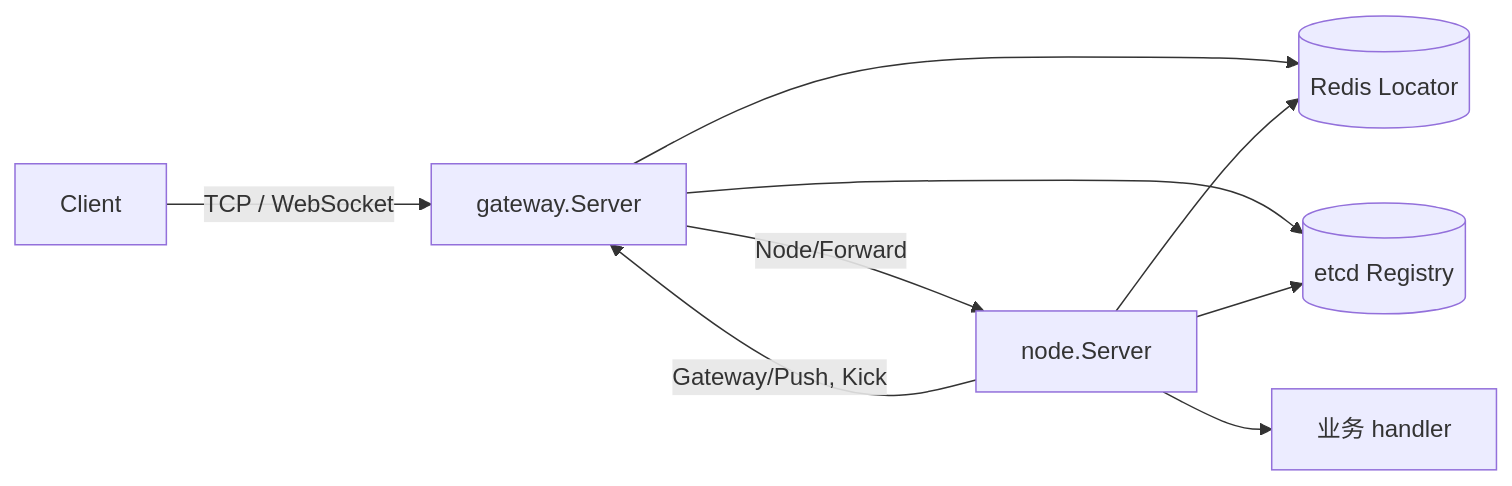
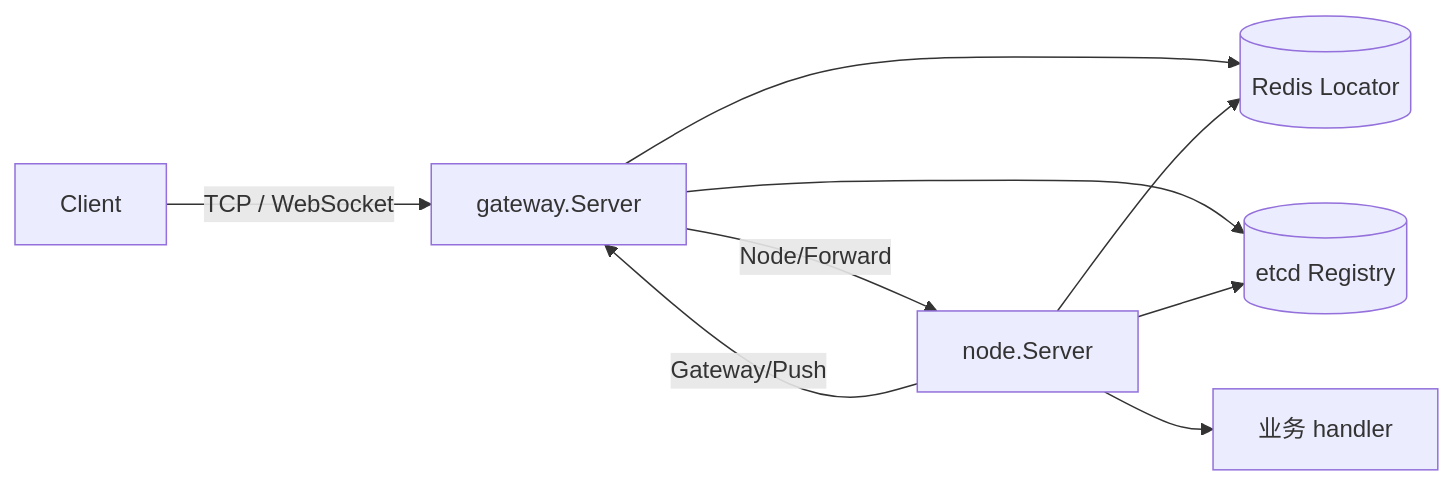
Before and after one commit to yola1107/yola: the diagram in docs/architecture.md, drawn with Mermaid. The commit also changed other lines of this file and 18 other files, not shown here.

````diff
--- a/docs/architecture.md
+++ b/docs/architecture.md
@@ -14,11 +16,11 @@
 ```mermaid
 flowchart LR
     C[Client] -->|TCP / WebSocket| G[gateway.Server]
     G -->|Node/Forward| N[node.Server]
-    N -->|Gateway/Push, Kick| G
+    N -->|Gateway/Push| G
     G --> R[(Redis Locator)]
     N --> R
     G --> E[(etcd Registry)]
     N --> E
     N --> H[业务 handler]
 ```
````
